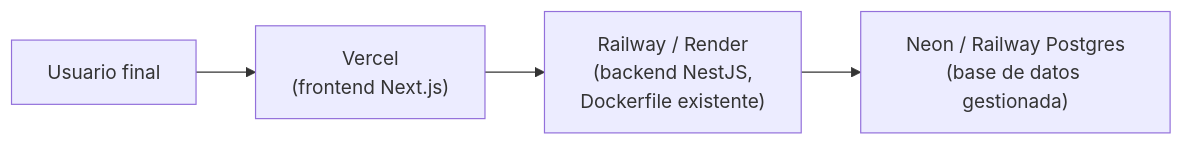
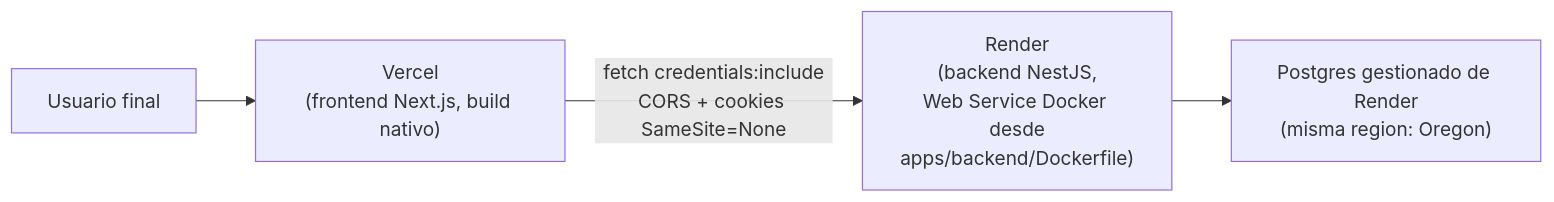
One commit to TomasPosada0626/Prodexa changed the second of 2 diagrams in docs/diagrams/despliegue.md. Above: the diagram before and after it, drawn with Mermaid. The commit also changed other lines of this file and 14 other files, not shown here.

First line of the commit message:
Despliega Prodexa en Vercel + Render y cierra Fase 8

````diff
--- a/docs/diagrams/despliegue.md
+++ b/docs/diagrams/despliegue.md
@@ -28,6 +28,6 @@
 ```mermaid
 flowchart LR
-    U["Usuario final"] --> V["Vercel<br/>(frontend Next.js)"]
-    V --> R["Railway / Render<br/>(backend NestJS,<br/>Dockerfile existente)"]
-    R --> N["Neon / Railway Postgres<br/>(base de datos gestionada)"]
+    U["Usuario final"] --> V["Vercel<br/>(frontend Next.js, build nativo)"]
+    V -- "fetch credentials:include<br/>CORS + cookies SameSite=None" --> R["Render<br/>(backend NestJS,<br/>Web Service Docker desde<br/>apps/backend/Dockerfile)"]
+    R --> N["Postgres gestionado de Render<br/>(misma region: Oregon)"]
 ```
````
